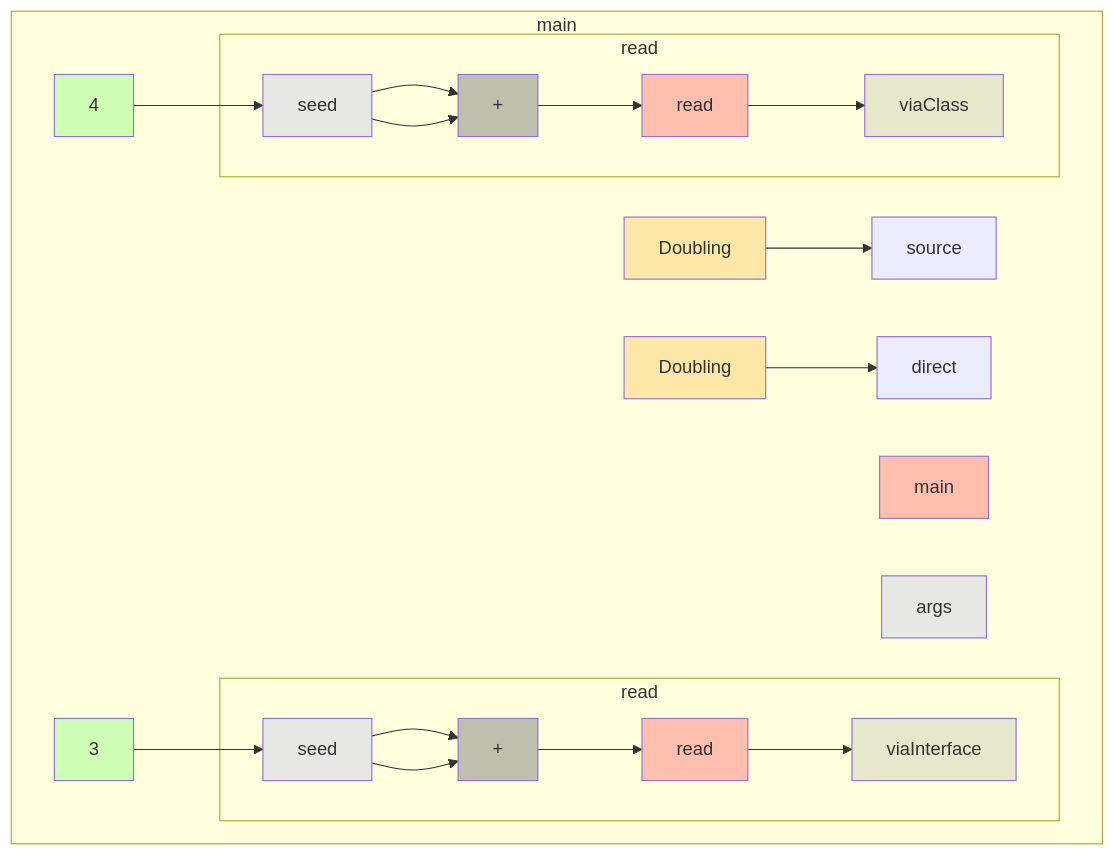
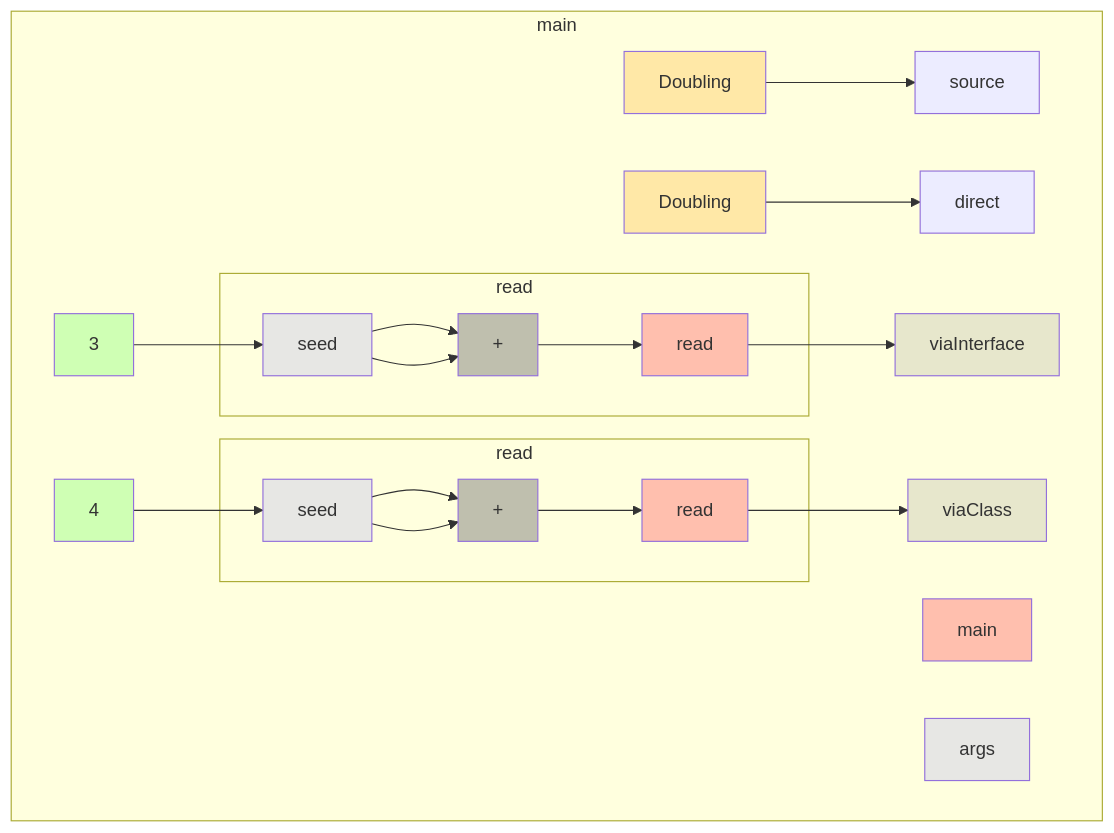
Before and after one commit to gstiebler/codeflow: the diagram in app/src/test/resources/abstractMethod/truth.md, drawn with Mermaid. The commit also changed 34 other files, not shown here.

````diff
--- a/app/src/test/resources/abstractMethod/truth.md
+++ b/app/src/test/resources/abstractMethod/truth.md
@@ -1,44 +1,44 @@
 ```mermaid
 flowchart TD
   subgraph b0["main"]
     n1[main]:::RETURN
     n2[args]:::FUNC_PARAM
     n3[Doubling]:::EXTERNAL
     n4[source]:::OBJ_VARIABLE
     n5[3]:::LITERAL
     n10[viaInterface]:::VARIABLE
     n11[Doubling]:::EXTERNAL
     n12[direct]:::OBJ_VARIABLE
     n13[4]:::LITERAL
     n18[viaClass]:::VARIABLE
     n3[Doubling]:::EXTERNAL --> n4[source]:::OBJ_VARIABLE
     n5[3]:::LITERAL --> n8[seed]:::FUNC_PARAM
     n11[Doubling]:::EXTERNAL --> n12[direct]:::OBJ_VARIABLE
     n13[4]:::LITERAL --> n16[seed]:::FUNC_PARAM
+    n7[read]:::RETURN --> n10[viaInterface]:::VARIABLE
+    n15[read]:::RETURN --> n18[viaClass]:::VARIABLE
     subgraph b6["read"]
       n7[read]:::RETURN
       n8[seed]:::FUNC_PARAM
       n9[+]:::BIN_OP
-      n7[read]:::RETURN --> n10[viaInterface]:::VARIABLE
       n8[seed]:::FUNC_PARAM --> n9[+]:::BIN_OP
       n8[seed]:::FUNC_PARAM --> n9[+]:::BIN_OP
       n9[+]:::BIN_OP --> n7[read]:::RETURN
     end
     subgraph b14["read"]
       n15[read]:::RETURN
       n16[seed]:::FUNC_PARAM
       n17[+]:::BIN_OP
-      n15[read]:::RETURN --> n18[viaClass]:::VARIABLE
       n16[seed]:::FUNC_PARAM --> n17[+]:::BIN_OP
       n16[seed]:::FUNC_PARAM --> n17[+]:::BIN_OP
       n17[+]:::BIN_OP --> n15[read]:::RETURN
     end
   end
   classDef LITERAL fill:#00FF0030
   classDef VARIABLE fill:#80808030
   classDef BIN_OP fill:#80808080
   classDef FUNC_PARAM fill:#8080FF30
   classDef RETURN fill:#FF808080
   classDef EXTERNAL fill:#FFA50040
   classDef UNMODELLED fill:#FF000030,stroke-dasharray: 4 2
 ```
````
